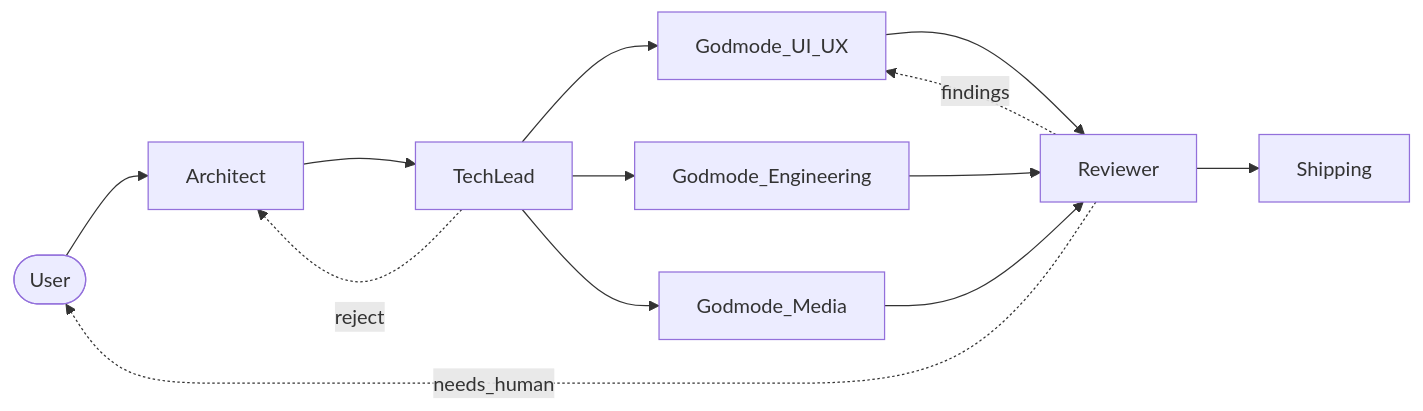
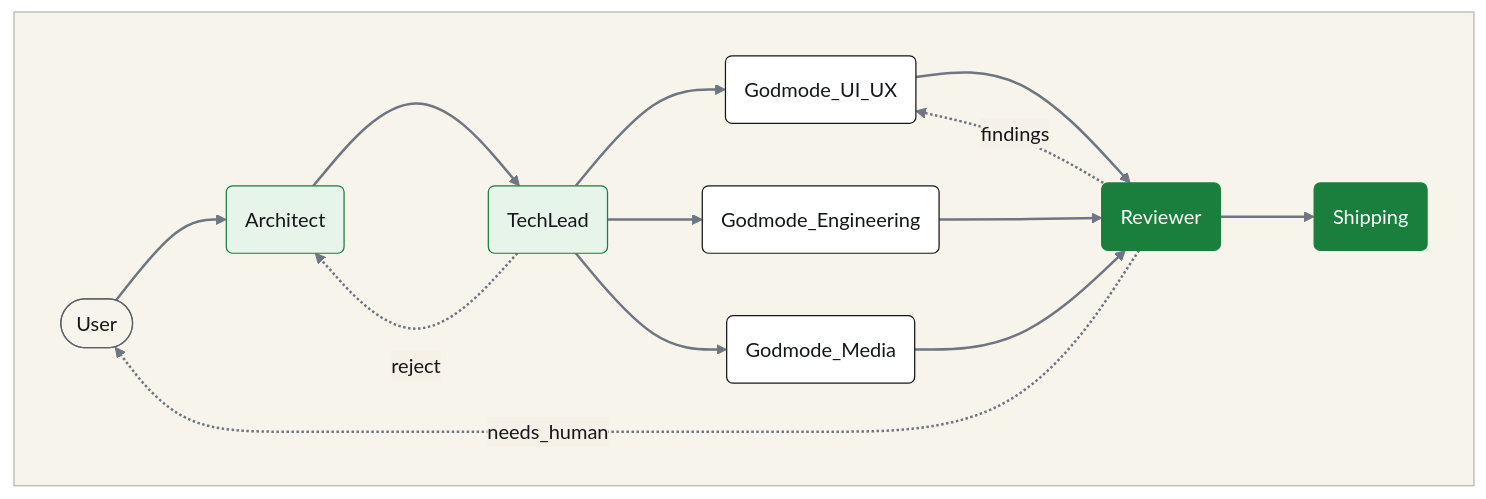
One commit to hybridlabor-api/aos changed the second of 11 diagrams in README.md. Above: the diagram before and after it, drawn with Mermaid. The commit also changed other lines of this file and 4 other files, not shown here.

````diff
--- a/README.md
+++ b/README.md
@@ -135,9 +390,27 @@
 ```mermaid
+%%{init: {"theme": "base", "themeVariables": {"lineColor": "#6e7681", "edgeLabelBackground": "#f6f1e8", "textColor": "#15171A", "clusterBkg": "#F7F4EC", "clusterBorder": "#B9B5AA", "titleColor": "#15171A", "primaryColor": "#FFFFFF", "primaryBorderColor": "#15171A", "primaryTextColor": "#15171A"}}}%%
 flowchart LR
-    U(["User"]) --> A["Architect"] --> T["TechLead"]
-    T --> UX["Godmode_UI_UX"] & EN["Godmode_Engineering"] & ME["Godmode_Media"]
-    UX & EN & ME --> R["Reviewer"] --> S["Shipping"]
+    subgraph SG[" "]
+    direction LR
+    U(["User"]) --> A("Architect") --> T("TechLead")
+    T --> UX("Godmode_UI_UX") & EN("Godmode_Engineering") & ME("Godmode_Media")
+    UX & EN & ME --> R("Reviewer") --> S("Shipping")
     T -.->|reject| A
     R -.->|findings| UX
     R -.->|needs_human| U
+    end
+
+    classDef plan fill:#E6F4EA,stroke:#1A7F3C,color:#15171A
+    classDef build fill:#FFFFFF,stroke:#15171A,color:#15171A
+    classDef gate fill:#1A7F3C,stroke:#1A7F3C,color:#FFFFFF
+    classDef human fill:#F7F4EC,stroke:#5B6168,color:#15171A
+    classDef store fill:#F7F4EC,stroke:#B9B5AA,color:#15171A
+    linkStyle default stroke:#6e7681,stroke-width:2px
+
+    style SG fill:#F7F4EC,stroke:#B9B5AA,color:#15171A
+
+    class A,T plan
+    class UX,EN,ME build
+    class R,S gate
+    class U human
 ```
````
